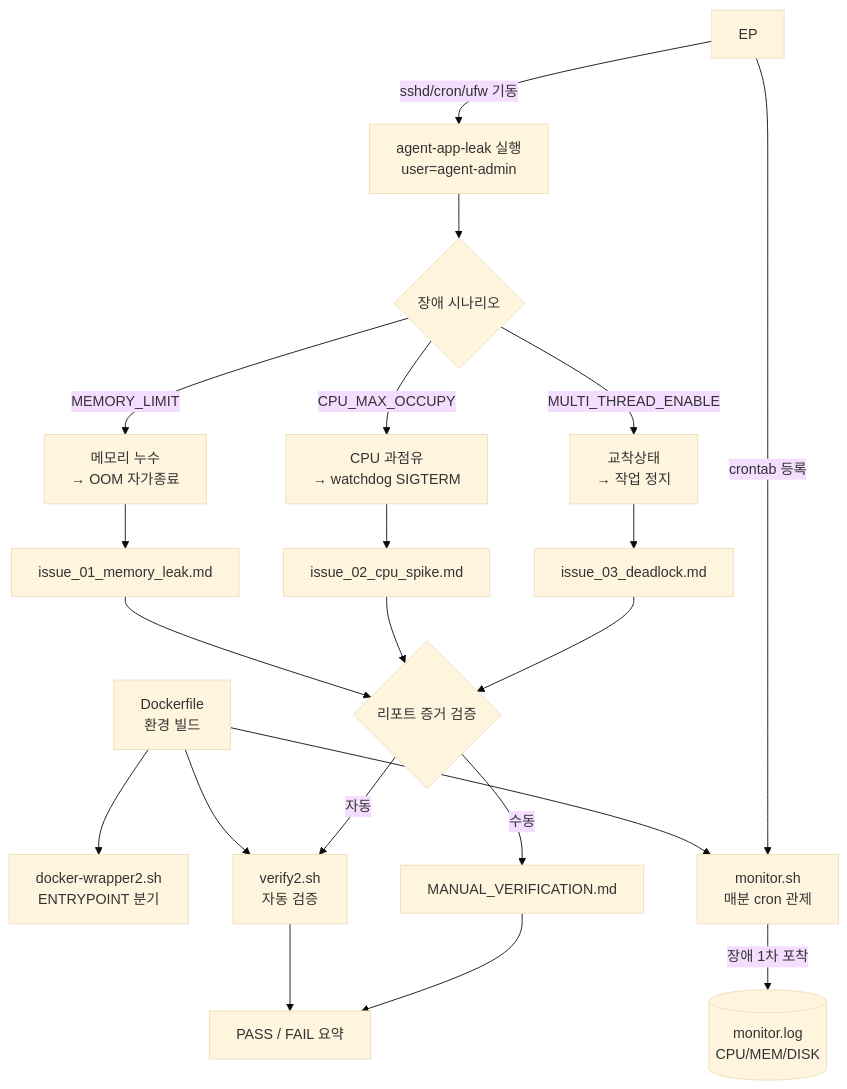
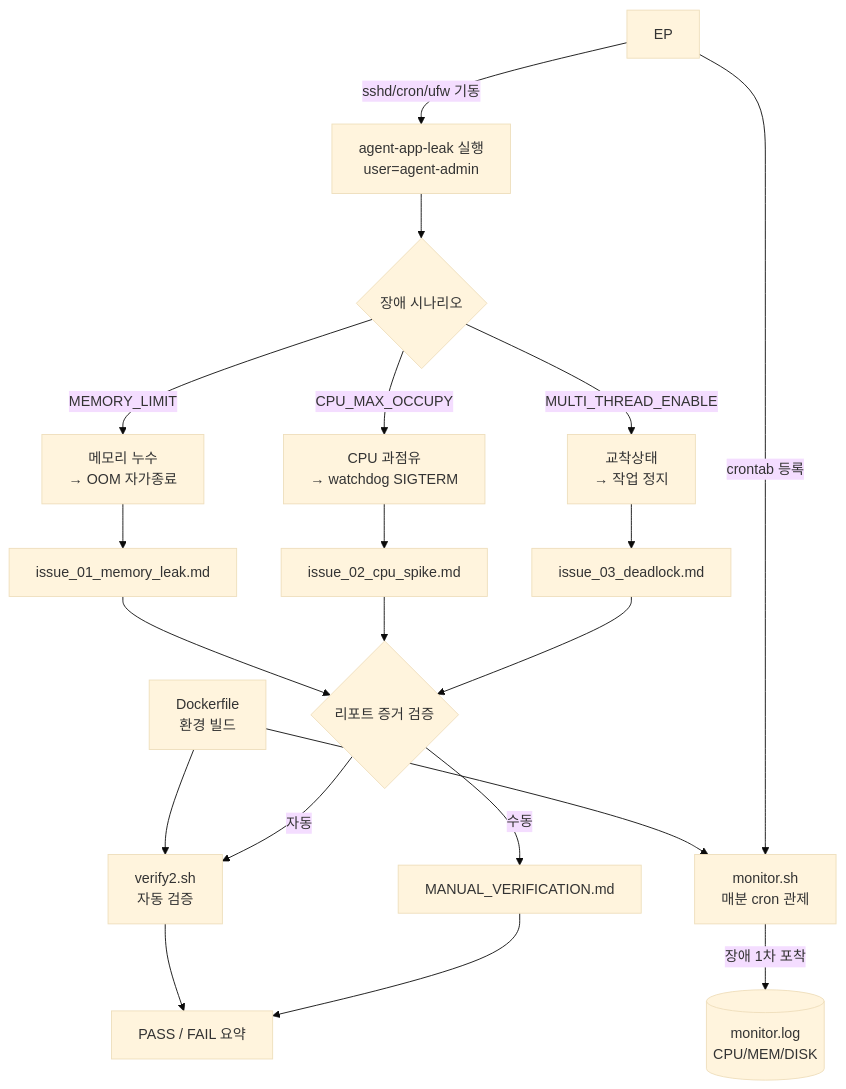
The first of 2 diagrams in architecture.md (kjs83036/AI-SW-Basic-B1-2), drawn with Mermaid (base theme) before and after one commit.

````diff
--- a/architecture.md
+++ b/architecture.md
@@ -5,25 +5,25 @@
 ```mermaid
 flowchart TD
-    DF[Dockerfile<br/>환경 빌드] --> WRAP[docker-wrapper2.sh<br/>ENTRYPOINT 분기]
+    DF[Dockerfile<br/>환경 빌드]
     DF --> MON[monitor.sh<br/>매분 cron 관제]
     DF --> VS[verify2.sh<br/>자동 검증]
 
     EP -->|sshd/cron/ufw 기동| RUN[agent-app-leak 실행<br/>user=agent-admin]
     EP -->|crontab 등록| MON
     MON -->|장애 1차 포착| LOG[(monitor.log<br/>CPU/MEM/DISK)]
 
     RUN --> SC{장애 시나리오}
     SC -->|MEMORY_LIMIT| M1[메모리 누수<br/>→ OOM 자가종료]
     SC -->|CPU_MAX_OCCUPY| M2[CPU 과점유<br/>→ watchdog SIGTERM]
     SC -->|MULTI_THREAD_ENABLE| M3[교착상태<br/>→ 작업 정지]
 
     M1 --> R1[issue_01_memory_leak.md]
     M2 --> R2[issue_02_cpu_spike.md]
     M3 --> R3[issue_03_deadlock.md]
 
     R1 & R2 & R3 --> V{리포트 증거 검증}
     V -->|자동| VS
     V -->|수동| MV[MANUAL_VERIFICATION.md]
     VS --> RESULT[PASS / FAIL 요약]
     MV --> RESULT
 ```
````
